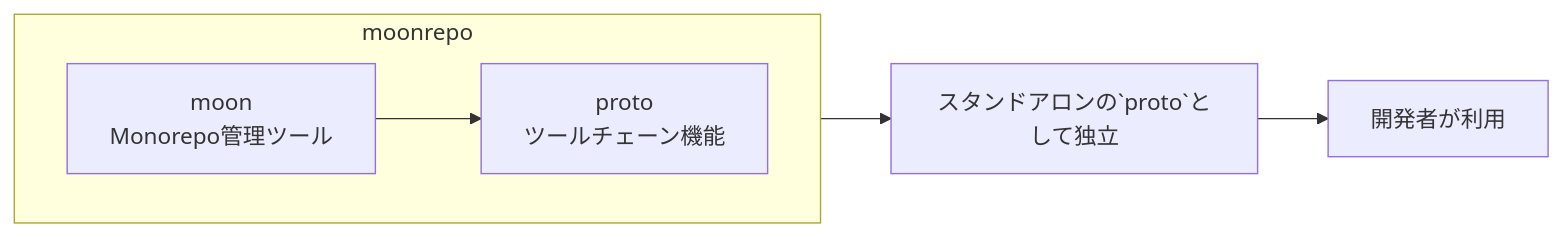
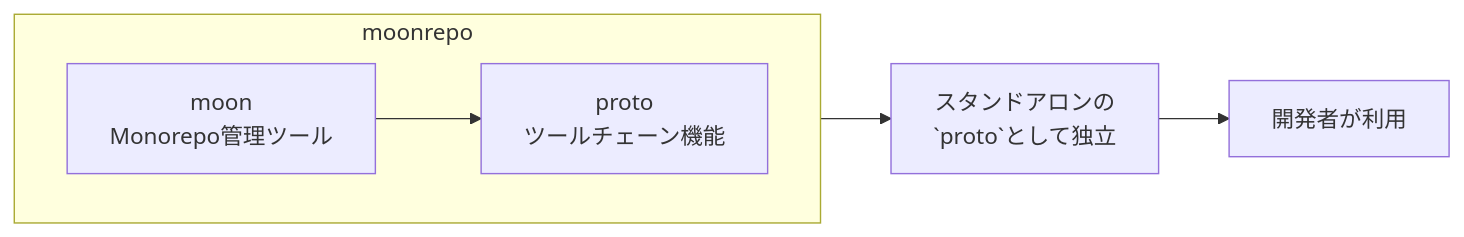
Before and after one commit to ask-nugey/ask-nugey: the diagram in src/post/proto-moonrepo/content.mdx, drawn with Mermaid. The commit also changed other lines of this file and 4 other files, not shown here.

````diff
--- a/src/post/proto-moonrepo/content.mdx
+++ b/src/post/proto-moonrepo/content.mdx
@@ -35,9 +41,10 @@
 ```mermaid
 graph LR
     subgraph moonrepo
         direction LR
         moon[moon<br>Monorepo管理ツール] --> proto[proto<br>ツールチェーン機能]
     end
-    proto --> standalone[スタンドアロンの`proto`として独立]
+    proto --> standalone["スタンドアロンの
+      `proto`として独立"]
     standalone --> User[開発者が利用]
 ```
````
